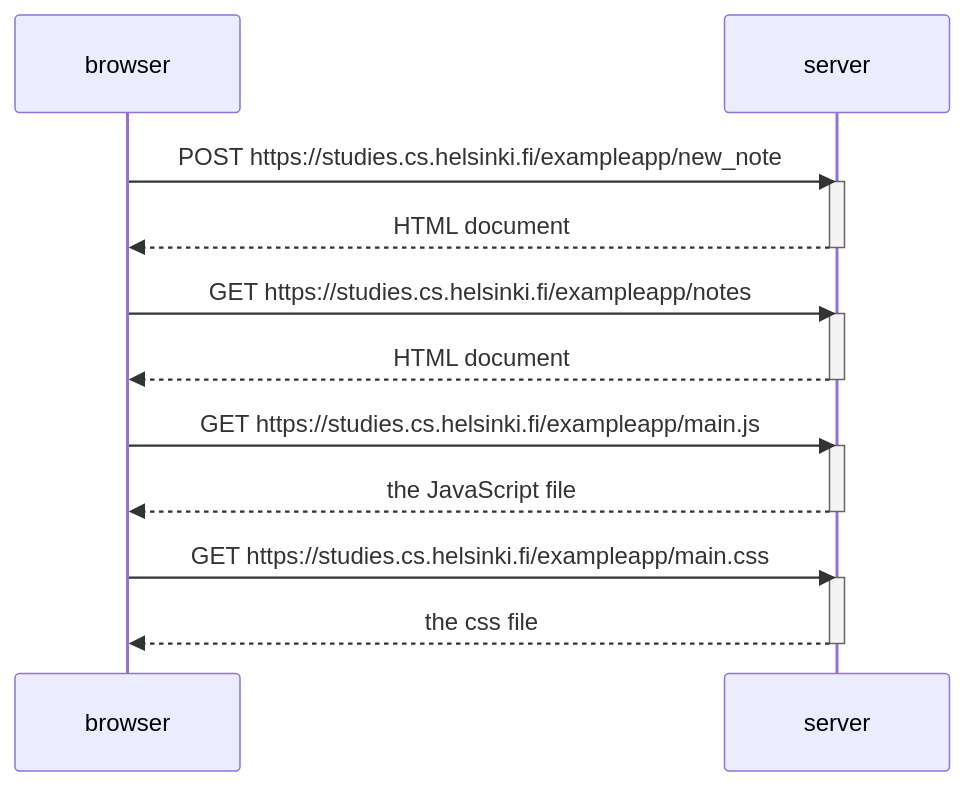
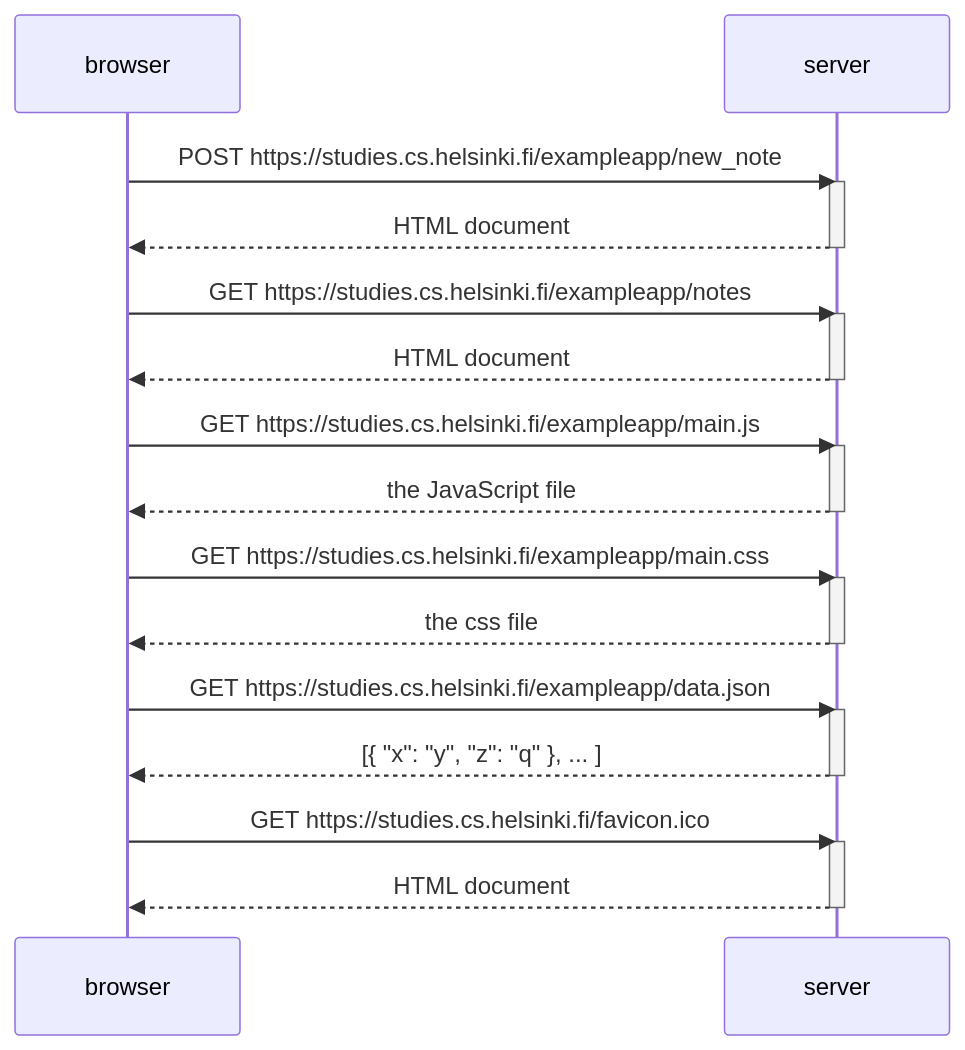
The diagram in Osa0/test.md (tjvalkonen/FullStackOpen), drawn with Mermaid before and after one commit.

````diff
--- a/Osa0/test.md
+++ b/Osa0/test.md
@@ -1,25 +1,35 @@
 ```mermaid
 sequenceDiagram
     participant browser
     participant server
 
     browser->>server: POST https://studies.cs.helsinki.fi/exampleapp/new_note
     activate server
     server-->>browser: HTML document
     deactivate server
 
     browser->>server: GET https://studies.cs.helsinki.fi/exampleapp/notes
     activate server
     server-->>browser: HTML document
     deactivate server
 
     browser->>server: GET https://studies.cs.helsinki.fi/exampleapp/main.js
     activate server
     server-->>browser: the JavaScript file
     deactivate server
 
     browser->>server: GET https://studies.cs.helsinki.fi/exampleapp/main.css
     activate server
     server-->>browser: the css file
     deactivate server
+
+    browser->>server: GET https://studies.cs.helsinki.fi/exampleapp/data.json
+    activate server
+    server-->>browser: [{ "x": "y", "z": "q" }, ... ]
+    deactivate server
+
+    browser->>server: GET https://studies.cs.helsinki.fi/favicon.ico
+    activate server
+    server-->>browser: HTML document
+    deactivate server
 ```
````
